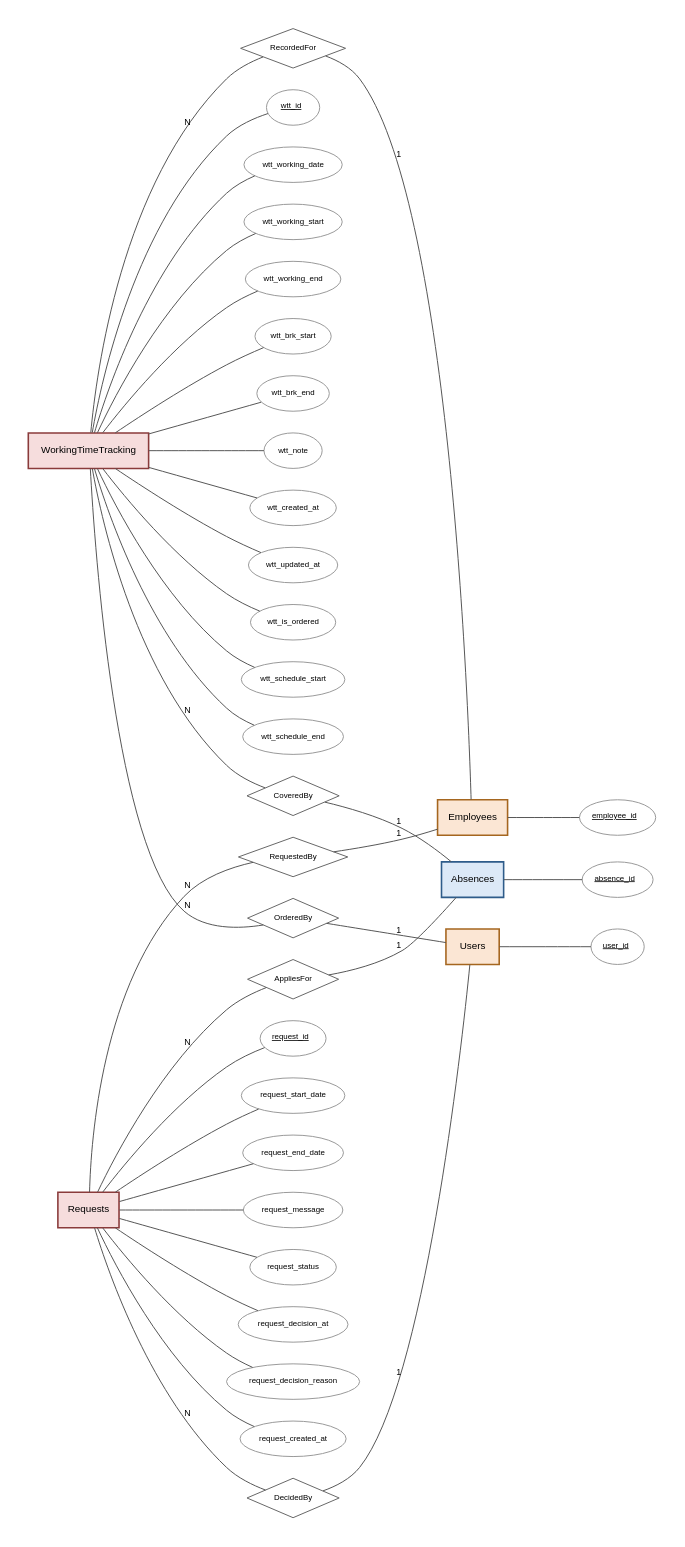
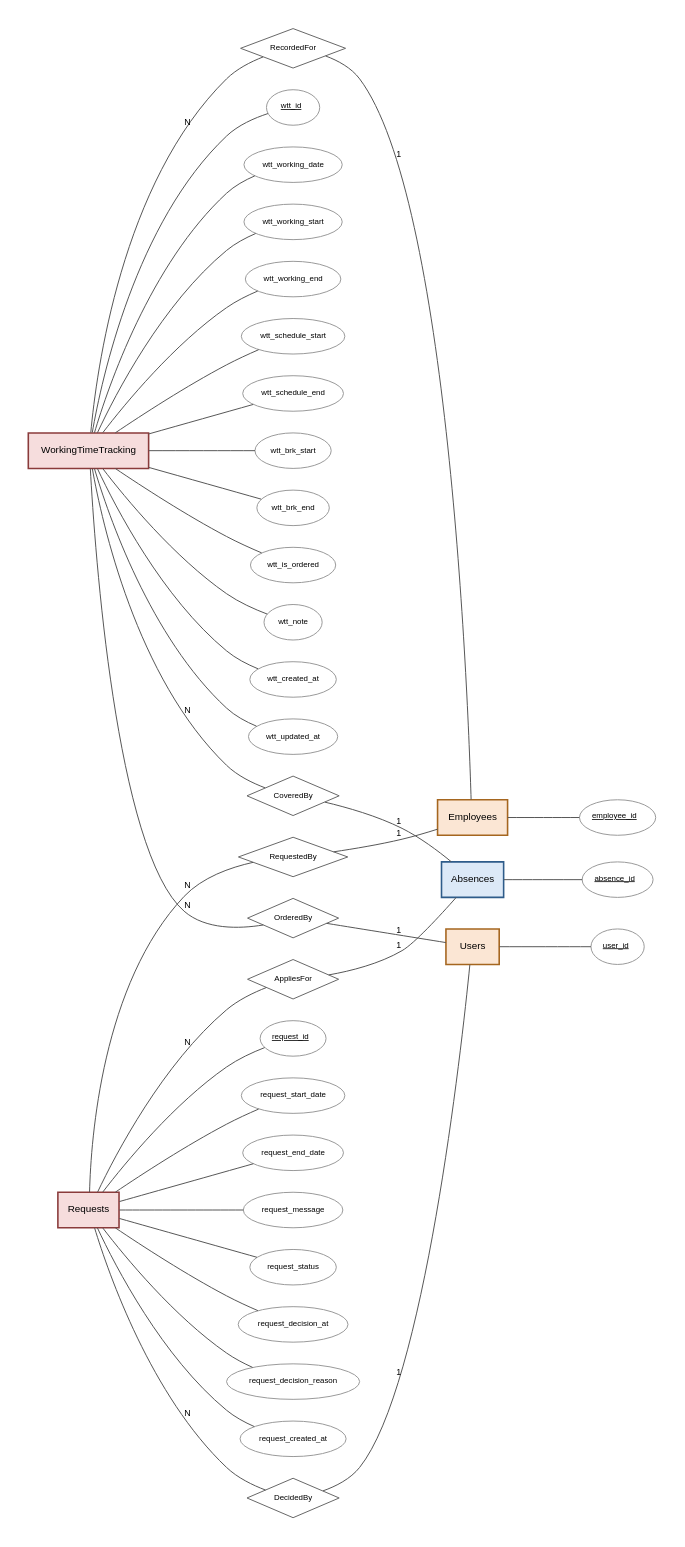
One commit to mbodigit/time_tracking_system_prototype changed the diagram in docs/diagram/er-5-mukodes.dot. Above: the diagram before and after it, drawn with Graphviz. The commit also changed other lines of this file and 16 other files, not shown here.

First line of the commit message:
ER diagram generator atallitasa a db/install mappara

```diff
--- a/docs/diagram/er-5-mukodes.dot
+++ b/docs/diagram/er-5-mukodes.dot
@@ -1,81 +1,81 @@
 graph ER {
   fontname="Helvetica";
   graph [rankdir=LR, splines=spline, nodesep=0.3, ranksep=1.0, pack=true, packmode=array, bgcolor="white", pad=0.3];
   node [fontname="Helvetica", fontsize=10];
   edge [fontname="Helvetica", fontsize=9, color="#555555"];
 
   // fókuszban lévő egyedek, minden attribútummal
   "WorkingTimeTracking" [shape=box, style="filled,bold", fillcolor="#F6DDDD", color="#8A3B3B", penwidth=1.6];
   "WorkingTimeTracking__wtt_id" [shape=ellipse, style=filled, fillcolor="white", color="#999999", fontsize=8, label=<<U>wtt_id</U>>];
   "WorkingTimeTracking" -- "WorkingTimeTracking__wtt_id" [len=0.8, weight=4];
   "WorkingTimeTracking__wtt_working_date" [shape=ellipse, style=filled, fillcolor="white", color="#999999", fontsize=8, label="wtt_working_date"];
   "WorkingTimeTracking" -- "WorkingTimeTracking__wtt_working_date" [len=0.8, weight=4];
   "WorkingTimeTracking__wtt_working_start" [shape=ellipse, style=filled, fillcolor="white", color="#999999", fontsize=8, label="wtt_working_start"];
   "WorkingTimeTracking" -- "WorkingTimeTracking__wtt_working_start" [len=0.8, weight=4];
   "WorkingTimeTracking__wtt_working_end" [shape=ellipse, style=filled, fillcolor="white", color="#999999", fontsize=8, label="wtt_working_end"];
   "WorkingTimeTracking" -- "WorkingTimeTracking__wtt_working_end" [len=0.8, weight=4];
+  "WorkingTimeTracking__wtt_schedule_start" [shape=ellipse, style=filled, fillcolor="white", color="#999999", fontsize=8, label="wtt_schedule_start"];
+  "WorkingTimeTracking" -- "WorkingTimeTracking__wtt_schedule_start" [len=0.8, weight=4];
+  "WorkingTimeTracking__wtt_schedule_end" [shape=ellipse, style=filled, fillcolor="white", color="#999999", fontsize=8, label="wtt_schedule_end"];
+  "WorkingTimeTracking" -- "WorkingTimeTracking__wtt_schedule_end" [len=0.8, weight=4];
   "WorkingTimeTracking__wtt_brk_start" [shape=ellipse, style=filled, fillcolor="white", color="#999999", fontsize=8, label="wtt_brk_start"];
   "WorkingTimeTracking" -- "WorkingTimeTracking__wtt_brk_start" [len=0.8, weight=4];
   "WorkingTimeTracking__wtt_brk_end" [shape=ellipse, style=filled, fillcolor="white", color="#999999", fontsize=8, label="wtt_brk_end"];
   "WorkingTimeTracking" -- "WorkingTimeTracking__wtt_brk_end" [len=0.8, weight=4];
+  "WorkingTimeTracking__wtt_is_ordered" [shape=ellipse, style=filled, fillcolor="white", color="#999999", fontsize=8, label="wtt_is_ordered"];
+  "WorkingTimeTracking" -- "WorkingTimeTracking__wtt_is_ordered" [len=0.8, weight=4];
   "WorkingTimeTracking__wtt_note" [shape=ellipse, style=filled, fillcolor="white", color="#999999", fontsize=8, label="wtt_note"];
   "WorkingTimeTracking" -- "WorkingTimeTracking__wtt_note" [len=0.8, weight=4];
   "WorkingTimeTracking__wtt_created_at" [shape=ellipse, style=filled, fillcolor="white", color="#999999", fontsize=8, label="wtt_created_at"];
   "WorkingTimeTracking" -- "WorkingTimeTracking__wtt_created_at" [len=0.8, weight=4];
   "WorkingTimeTracking__wtt_updated_at" [shape=ellipse, style=filled, fillcolor="white", color="#999999", fontsize=8, label="wtt_updated_at"];
   "WorkingTimeTracking" -- "WorkingTimeTracking__wtt_updated_at" [len=0.8, weight=4];
-  "WorkingTimeTracking__wtt_is_ordered" [shape=ellipse, style=filled, fillcolor="white", color="#999999", fontsize=8, label="wtt_is_ordered"];
-  "WorkingTimeTracking" -- "WorkingTimeTracking__wtt_is_ordered" [len=0.8, weight=4];
-  "WorkingTimeTracking__wtt_schedule_start" [shape=ellipse, style=filled, fillcolor="white", color="#999999", fontsize=8, label="wtt_schedule_start"];
-  "WorkingTimeTracking" -- "WorkingTimeTracking__wtt_schedule_start" [len=0.8, weight=4];
-  "WorkingTimeTracking__wtt_schedule_end" [shape=ellipse, style=filled, fillcolor="white", color="#999999", fontsize=8, label="wtt_schedule_end"];
-  "WorkingTimeTracking" -- "WorkingTimeTracking__wtt_schedule_end" [len=0.8, weight=4];
   "Requests" [shape=box, style="filled,bold", fillcolor="#F6DDDD", color="#8A3B3B", penwidth=1.6];
   "Requests__request_id" [shape=ellipse, style=filled, fillcolor="white", color="#999999", fontsize=8, label=<<U>request_id</U>>];
   "Requests" -- "Requests__request_id" [len=0.8, weight=4];
   "Requests__request_start_date" [shape=ellipse, style=filled, fillcolor="white", color="#999999", fontsize=8, label="request_start_date"];
   "Requests" -- "Requests__request_start_date" [len=0.8, weight=4];
   "Requests__request_end_date" [shape=ellipse, style=filled, fillcolor="white", color="#999999", fontsize=8, label="request_end_date"];
   "Requests" -- "Requests__request_end_date" [len=0.8, weight=4];
   "Requests__request_message" [shape=ellipse, style=filled, fillcolor="white", color="#999999", fontsize=8, label="request_message"];
   "Requests" -- "Requests__request_message" [len=0.8, weight=4];
   "Requests__request_status" [shape=ellipse, style=filled, fillcolor="white", color="#999999", fontsize=8, label="request_status"];
   "Requests" -- "Requests__request_status" [len=0.8, weight=4];
   "Requests__request_decision_at" [shape=ellipse, style=filled, fillcolor="white", color="#999999", fontsize=8, label="request_decision_at"];
   "Requests" -- "Requests__request_decision_at" [len=0.8, weight=4];
   "Requests__request_decision_reason" [shape=ellipse, style=filled, fillcolor="white", color="#999999", fontsize=8, label="request_decision_reason"];
   "Requests" -- "Requests__request_decision_reason" [len=0.8, weight=4];
   "Requests__request_created_at" [shape=ellipse, style=filled, fillcolor="white", color="#999999", fontsize=8, label="request_created_at"];
   "Requests" -- "Requests__request_created_at" [len=0.8, weight=4];
 
   // kapcsolódó egyedek, csak az elsődleges kulccsal
   "Absences" [shape=box, style="filled,bold", fillcolor="#DCE9F7", color="#2E5C8A", penwidth=1.6];
   "Absences__absence_id" [shape=ellipse, style=filled, fillcolor="white", color="#999999", fontsize=8, label=<<U>absence_id</U>>];
   "Absences" -- "Absences__absence_id" [len=0.8, weight=4];
   "Employees" [shape=box, style="filled,bold", fillcolor="#FBE6D4", color="#A5661F", penwidth=1.6];
   "Employees__employee_id" [shape=ellipse, style=filled, fillcolor="white", color="#999999", fontsize=8, label=<<U>employee_id</U>>];
   "Employees" -- "Employees__employee_id" [len=0.8, weight=4];
   "Users" [shape=box, style="filled,bold", fillcolor="#FBE6D4", color="#A5661F", penwidth=1.6];
   "Users__user_id" [shape=ellipse, style=filled, fillcolor="white", color="#999999", fontsize=8, label=<<U>user_id</U>>];
   "Users" -- "Users__user_id" [len=0.8, weight=4];
 
   // kapcsolatok
   "R_fk_wtt_employee" [shape=diamond, style=filled, fillcolor="white", color="#666666", fontsize=8, label="RecordedFor", width=1.0, height=0.55];
   "WorkingTimeTracking" -- "R_fk_wtt_employee" [label="N", len=2.4];
   "R_fk_wtt_employee" -- "Employees" [label="1", len=2.4];
   "R_fk_wtt_absence" [shape=diamond, style=filled, fillcolor="white", color="#666666", fontsize=8, label="CoveredBy", width=1.0, height=0.55];
   "WorkingTimeTracking" -- "R_fk_wtt_absence" [label="N", len=2.4];
   "R_fk_wtt_absence" -- "Absences" [label="1", len=2.4];
   "R_fk_wtt_ordered_by" [shape=diamond, style=filled, fillcolor="white", color="#666666", fontsize=8, label="OrderedBy", width=1.0, height=0.55];
   "WorkingTimeTracking" -- "R_fk_wtt_ordered_by" [label="N", len=2.4];
   "R_fk_wtt_ordered_by" -- "Users" [label="1", len=2.4];
   "R_fk_request_employee" [shape=diamond, style=filled, fillcolor="white", color="#666666", fontsize=8, label="RequestedBy", width=1.0, height=0.55];
   "Requests" -- "R_fk_request_employee" [label="N", len=2.4];
   "R_fk_request_employee" -- "Employees" [label="1", len=2.4];
   "R_fk_request_absence" [shape=diamond, style=filled, fillcolor="white", color="#666666", fontsize=8, label="AppliesFor", width=1.0, height=0.55];
   "Requests" -- "R_fk_request_absence" [label="N", len=2.4];
   "R_fk_request_absence" -- "Absences" [label="1", len=2.4];
   "R_fk_request_decision_by" [shape=diamond, style=filled, fillcolor="white", color="#666666", fontsize=8, label="DecidedBy", width=1.0, height=0.55];
   "Requests" -- "R_fk_request_decision_by" [label="N", len=2.4];
   "R_fk_request_decision_by" -- "Users" [label="1", len=2.4];
 }
```
